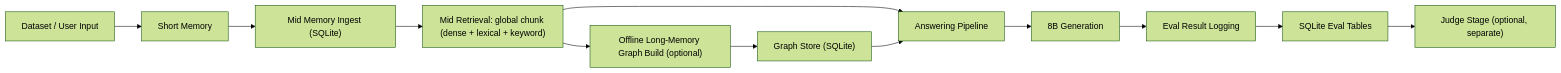
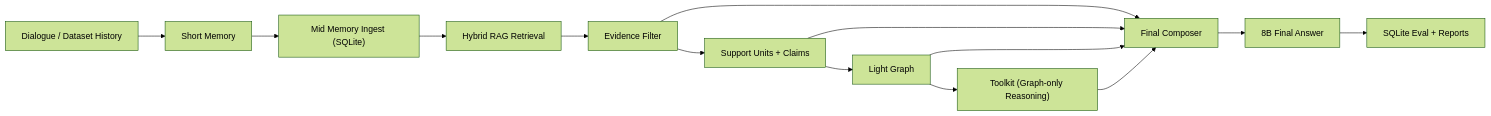
The diagram in README.md (RCF-117/MemSLM), drawn with Mermaid (forest theme) before and after one commit. The commit also changed other lines of this file and 56 other files, not shown here.

Commit message:
refactor active graph pipeline and final answer composition

````diff
--- a/README.md
+++ b/README.md
@@ -49,14 +30,16 @@
 ```mermaid
 flowchart LR
-    A["Dataset / User Input"] --> B["Short Memory"]
+    A["Dialogue / Dataset History"] --> B["Short Memory"]
     B --> C["Mid Memory Ingest (SQLite)"]
-    C --> D["Mid Retrieval: global chunk (dense + lexical + keyword)"]
-    D --> E["Answering Pipeline"]
-    E --> F["8B Generation"]
-    D --> G["Offline Long-Memory Graph Build (optional)"]
-    G --> H["Graph Store (SQLite)"]
-    H --> E
-    F --> I["Eval Result Logging"]
-    I --> J["SQLite Eval Tables"]
-    J --> K["Judge Stage (optional, separate)"]
+    C --> D["Hybrid RAG Retrieval"]
+    D --> E["Evidence Filter"]
+    E --> F["Support Units + Claims"]
+    F --> G["Light Graph"]
+    G --> H["Toolkit (Graph-only Reasoning)"]
+    E --> I["Final Composer"]
+    F --> I
+    G --> I
+    H --> I
+    I --> J["8B Final Answer"]
+    J --> K["SQLite Eval + Reports"]
 ```
````
